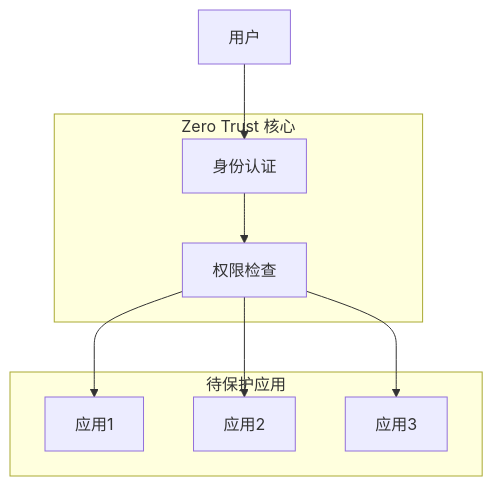
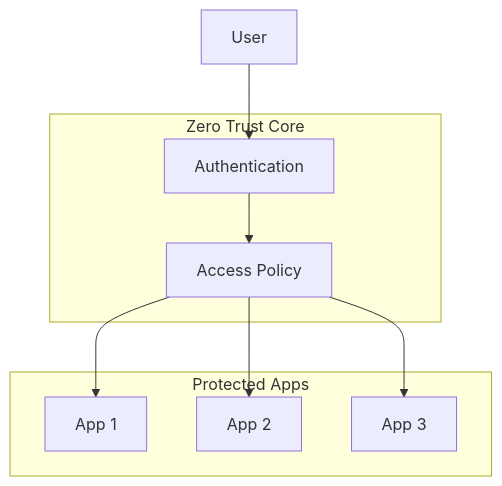
Before and after one commit to woodywang/woodywang.github.io: the diagram in _posts/2025-09-05-zero-trust-vs-vpn-en.md, drawn with Mermaid. The commit also changed 5 other files, not shown here.

First line of the commit message:
fix: translate Chinese text in mermaid diagrams across all English posts

````diff
--- a/_posts/2025-09-05-zero-trust-vs-vpn-en.md
+++ b/_posts/2025-09-05-zero-trust-vs-vpn-en.md
@@ -32,19 +32,19 @@
 ```mermaid
 graph TB
-    User[用户] --> Auth[身份认证]
-    Auth --> Policy[权限检查]
-    Policy --> App1[应用1]
-    Policy --> App2[应用2]
-    Policy --> App3[应用3]
+    User[User] --> Auth[Authentication]
+    Auth --> Policy[Access Policy]
+    Policy --> App1[App 1]
+    Policy --> App2[App 2]
+    Policy --> App3[App 3]
 
-    subgraph "Zero Trust 核心"
+    subgraph "Zero Trust Core"
         Auth
         Policy
     end
 
-    subgraph "待保护应用"
+    subgraph "Protected Apps"
         App1
         App2
         App3
     end
 ```
````
